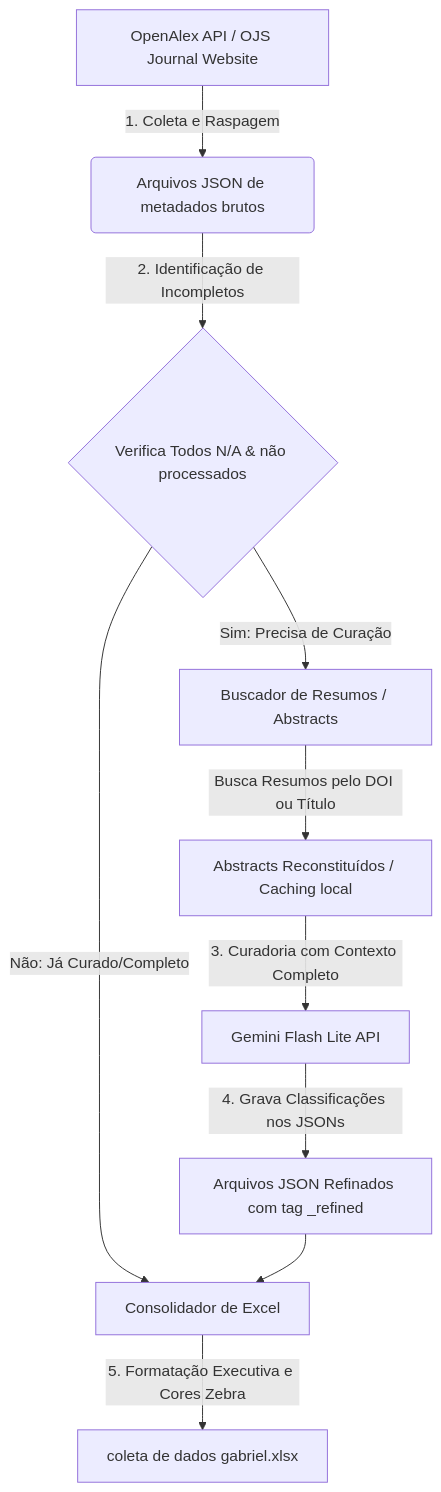
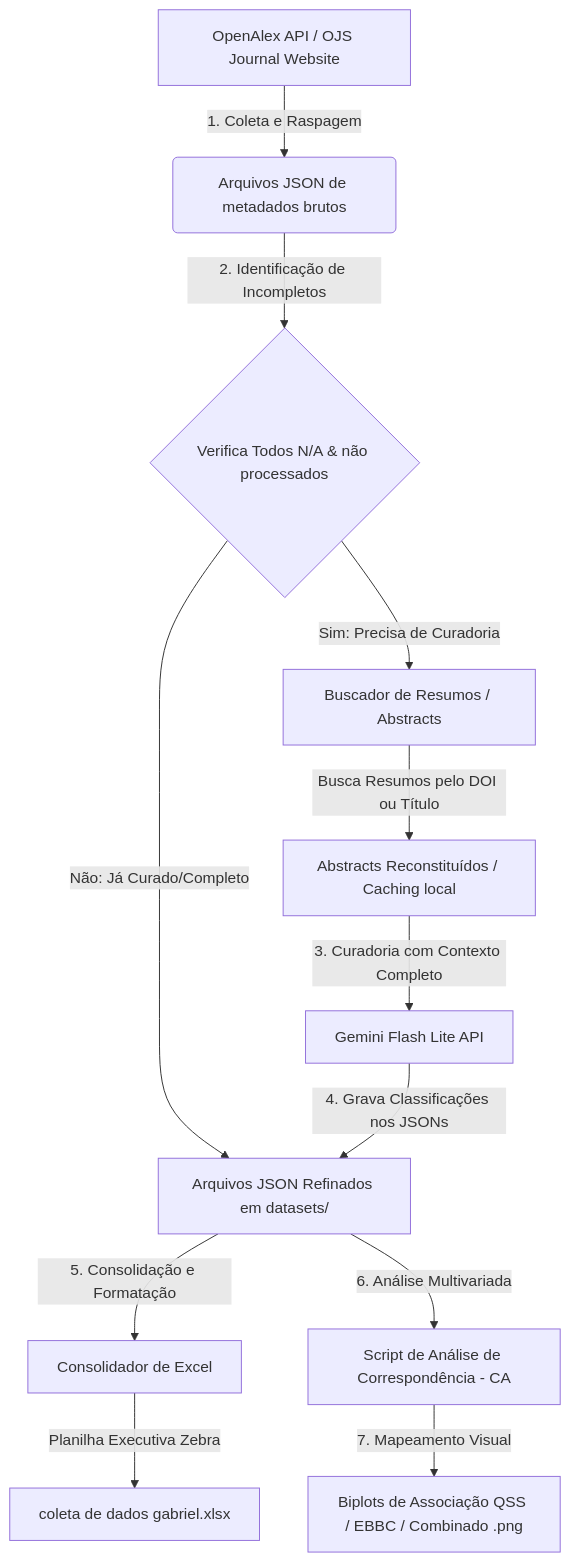
Before and after one commit to GabrielBaiano/-academic-research: the diagram in README.md, drawn with Mermaid. The commit also changed 1 other file, not shown here.

Commit message:
docs: update Mermaid diagrams to represent full pipeline with CA & biplots

````diff
--- a/README.md
+++ b/README.md
@@ -18,12 +18,14 @@
 ```mermaid
 graph TD
     A[OpenAlex API / OJS Journal Website] -->|1. Coleta e Raspagem| B(Arquivos JSON de metadados brutos)
     B -->|2. Identificação de Incompletos| C{Verifica Todos N/A & não processados}
-    C -->|Sim: Precisa de Curação| D[Buscador de Resumos / Abstracts]
-    C -->|Não: Já Curado/Completo| H[Consolidador de Excel]
+    C -->|Sim: Precisa de Curadoria| D[Buscador de Resumos / Abstracts]
+    C -->|Não: Já Curado/Completo| G[Arquivos JSON Refinados em datasets/]
     D -->|Busca Resumos pelo DOI ou Título| E[Abstracts Reconstituídos / Caching local]
     E -->|3. Curadoria com Contexto Completo| F[Gemini Flash Lite API]
-    F -->|4. Grava Classificações nos JSONs| G[Arquivos JSON Refinados com tag _refined]
-    G --> H
-    H -->|5. Formatação Executiva e Cores Zebra| I[coleta de dados gabriel.xlsx]
+    F -->|4. Grava Classificações nos JSONs| G
+    G -->|5. Consolidação e Formatação| H[Consolidador de Excel]
+    G -->|6. Análise Multivariada| J[Script de Análise de Correspondência - CA]
+    H -->|Planilha Executiva Zebra| I[coleta de dados gabriel.xlsx]
+    J -->|7. Mapeamento Visual| K[Biplots de Associação QSS / EBBC / Combinado .png]
 ```
````
